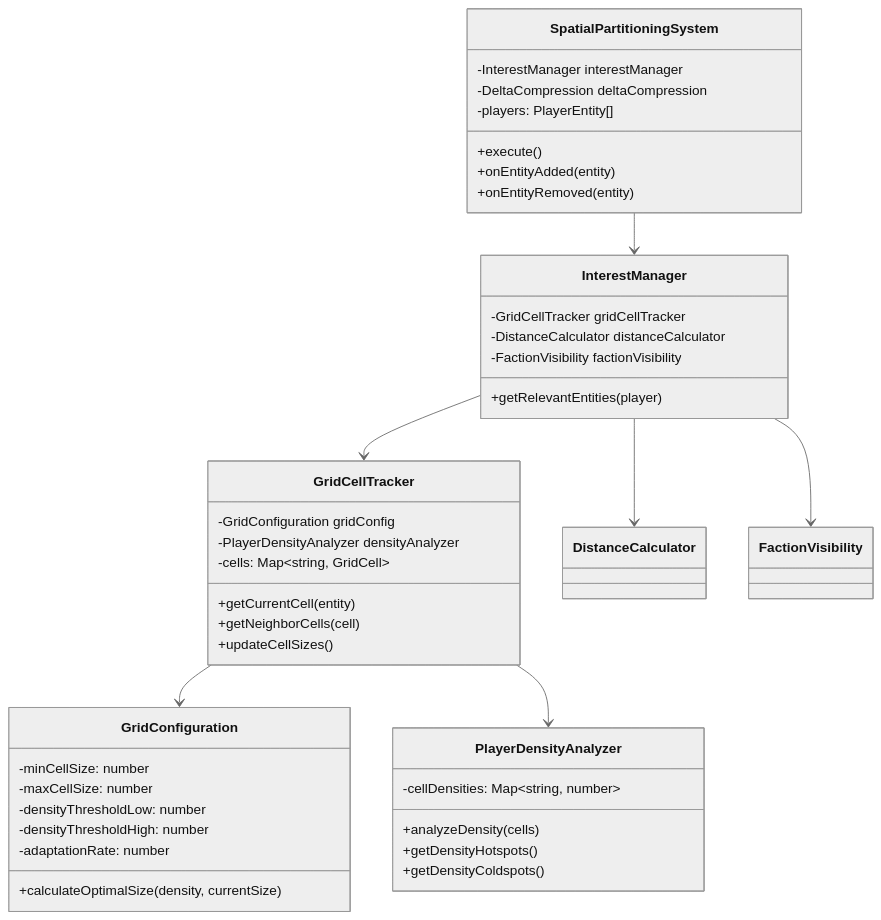
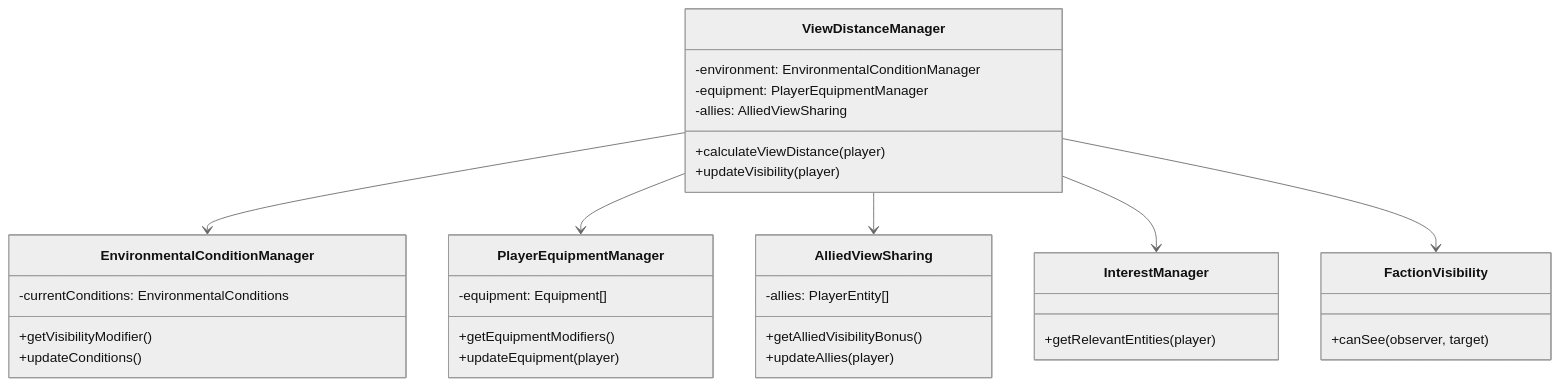
The fourth of 4 diagrams in memory-bank/systemPatterns.md (RimoVR/Planetbyte), drawn with Mermaid (neutral theme) before and after one commit. The commit also changed other lines of this file and 20 other files, not shown here.

````diff
--- a/memory-bank/systemPatterns.md
+++ b/memory-bank/systemPatterns.md
@@ -296,50 +205,42 @@
 ```mermaid
 classDiagram
-    SpatialPartitioningSystem --> InterestManager
-    InterestManager --> GridCellTracker
-    InterestManager --> DistanceCalculator
-    InterestManager --> FactionVisibility
-    GridCellTracker --> GridConfiguration
-    GridCellTracker --> PlayerDensityAnalyzer
+    ViewDistanceManager --> EnvironmentalConditionManager
+    ViewDistanceManager --> PlayerEquipmentManager
+    ViewDistanceManager --> AlliedViewSharing
+    ViewDistanceManager --> InterestManager
+    ViewDistanceManager --> FactionVisibility
     
-    class SpatialPartitioningSystem {
-        -InterestManager interestManager
-        -DeltaCompression deltaCompression
-        -players: PlayerEntity[]
-        +execute()
-        +onEntityAdded(entity)
-        +onEntityRemoved(entity)
+    class ViewDistanceManager {
+        -environment: EnvironmentalConditionManager
+        -equipment: PlayerEquipmentManager
+        -allies: AlliedViewSharing
+        +calculateViewDistance(player)
+        +updateVisibility(player)
+    }
+    
+    class EnvironmentalConditionManager {
+        -currentConditions: EnvironmentalConditions
+        +getVisibilityModifier()
+        +updateConditions()
+    }
+    
+    class PlayerEquipmentManager {
+        -equipment: Equipment[]
+        +getEquipmentModifiers()
+        +updateEquipment(player)
+    }
+    
+    class AlliedViewSharing {
+        -allies: PlayerEntity[]
+        +getAlliedVisibilityBonus()
+        +updateAllies(player)
     }
     
     class InterestManager {
-        -GridCellTracker gridCellTracker
-        -DistanceCalculator distanceCalculator
-        -FactionVisibility factionVisibility
         +getRelevantEntities(player)
     }
     
-    class GridCellTracker {
-        -GridConfiguration gridConfig
-        -PlayerDensityAnalyzer densityAnalyzer
-        -cells: Map~string, GridCell~
-        +getCurrentCell(entity)
-        +getNeighborCells(cell)
-        +updateCellSizes()
-    }
-    
-    class GridConfiguration {
-        -minCellSize: number
-        -maxCellSize: number
-        -densityThresholdLow: number
-        -densityThresholdHigh: number
-        -adaptationRate: number
-        +calculateOptimalSize(density, currentSize)
-    }
-    
-    class PlayerDensityAnalyzer {
-        -cellDensities: Map~string, number~
-        +analyzeDensity(cells)
-        +getDensityHotspots()
-        +getDensityColdspots()
+    class FactionVisibility {
+        +canSee(observer, target)
     }
 ```
````
